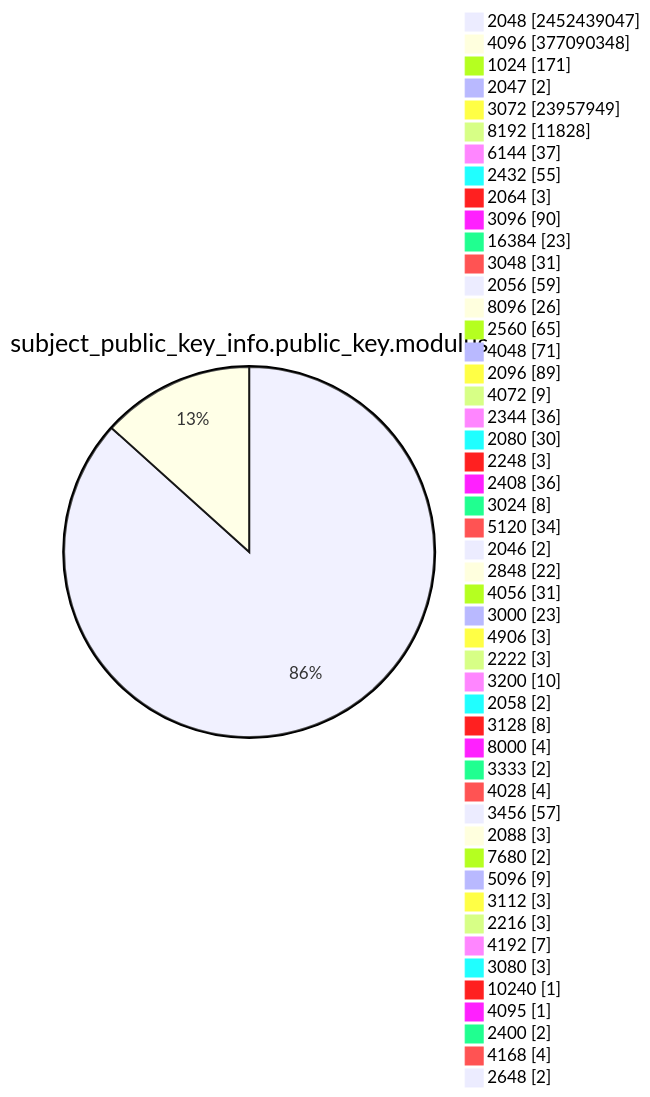
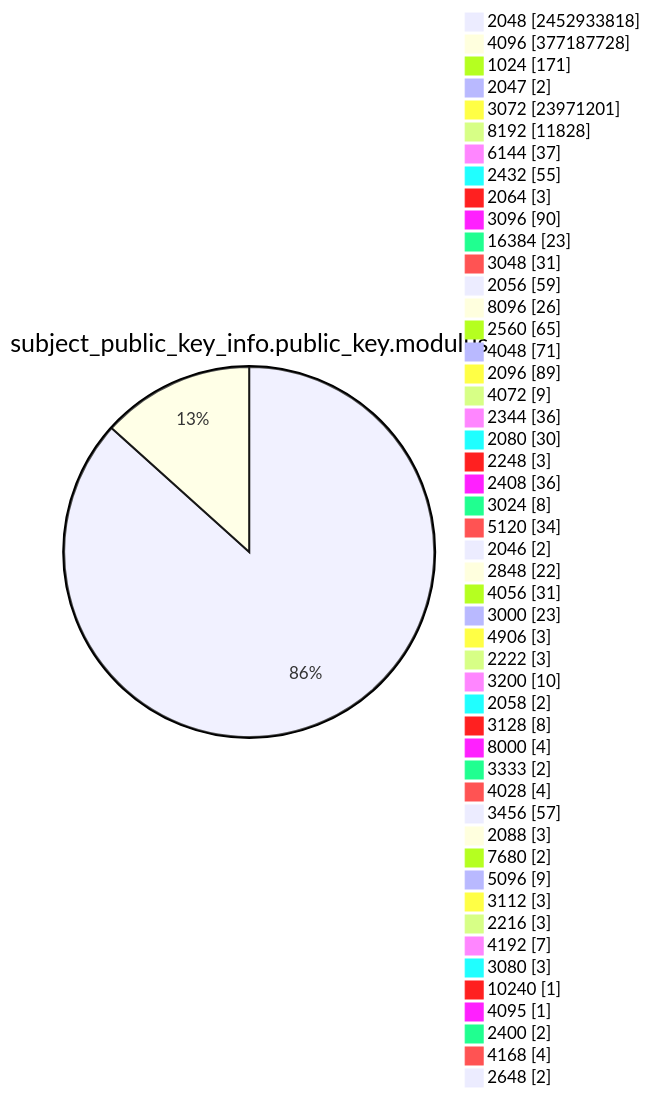
One commit to christiankrug/ctmonitor_visualization changed diagram 13 of 15 in TOTAL/README.md. Above: the diagram before and after it, drawn with Mermaid. The commit also changed other lines of this file, not shown here.

````diff
--- a/TOTAL/README.md
+++ b/TOTAL/README.md
@@ -4168,53 +4168,53 @@
 ```mermaid
 pie showData
 title subject_public_key_info.public_key.modulus
-"2048" :2452439047
-"4096" :377090348
+"2048" :2452933818
+"4096" :377187728
 "1024" :171
 "2047" :2
-"3072" :23957949
+"3072" :23971201
 "8192" :11828
 "6144" :37
 "2432" :55
 "2064" :3
 "3096" :90
 "16384" :23
 "3048" :31
 "2056" :59
 "8096" :26
 "2560" :65
 "4048" :71
 "2096" :89
 "4072" :9
 "2344" :36
 "2080" :30
 "2248" :3
 "2408" :36
 "3024" :8
 "5120" :34
 "2046" :2
 "2848" :22
 "4056" :31
 "3000" :23
 "4906" :3
 "2222" :3
 "3200" :10
 "2058" :2
 "3128" :8
 "8000" :4
 "3333" :2
 "4028" :4
 "3456" :57
 "2088" :3
 "7680" :2
 "5096" :9
 "3112" :3
 "2216" :3
 "4192" :7
 "3080" :3
 "10240" :1
 "4095" :1
 "2400" :2
 "4168" :4
 "2648" :2
 ```
````
